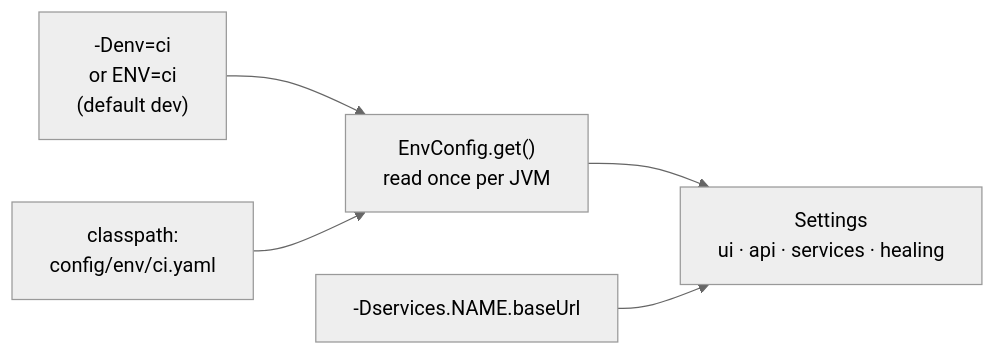
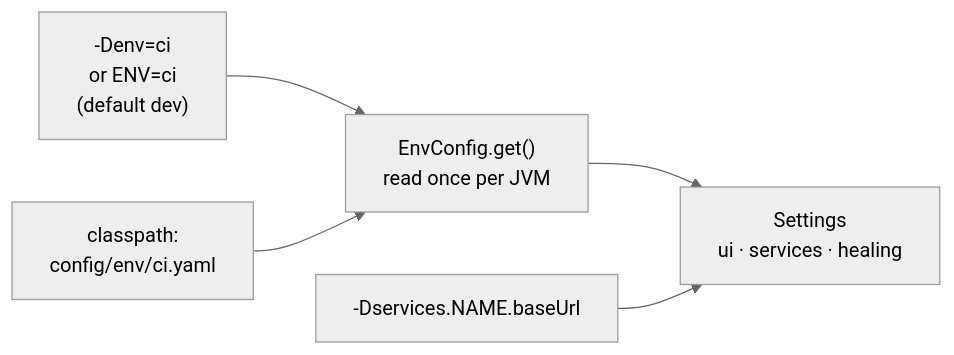
The fourth of 7 diagrams in docs/architecture.md (JayeshKumud/agentic-qa-java), drawn with Mermaid (neutral theme) before and after one commit. The commit also changed other lines of this file and 63 other files, not shown here.

````diff
--- a/docs/architecture.md
+++ b/docs/architecture.md
@@ -198,7 +182,7 @@
 ```mermaid
 flowchart LR
     P["-Denv=ci<br/>or ENV=ci<br/>(default dev)"] --> E["EnvConfig.get()<br/>read once per JVM"]
     Y["classpath:<br/>config/env/ci.yaml"] --> E
-    E --> S["Settings<br/>ui · api · services · healing"]
+    E --> S["Settings<br/>ui · services · healing"]
     O["-Dservices.NAME.baseUrl"] --> S
 ```
````
